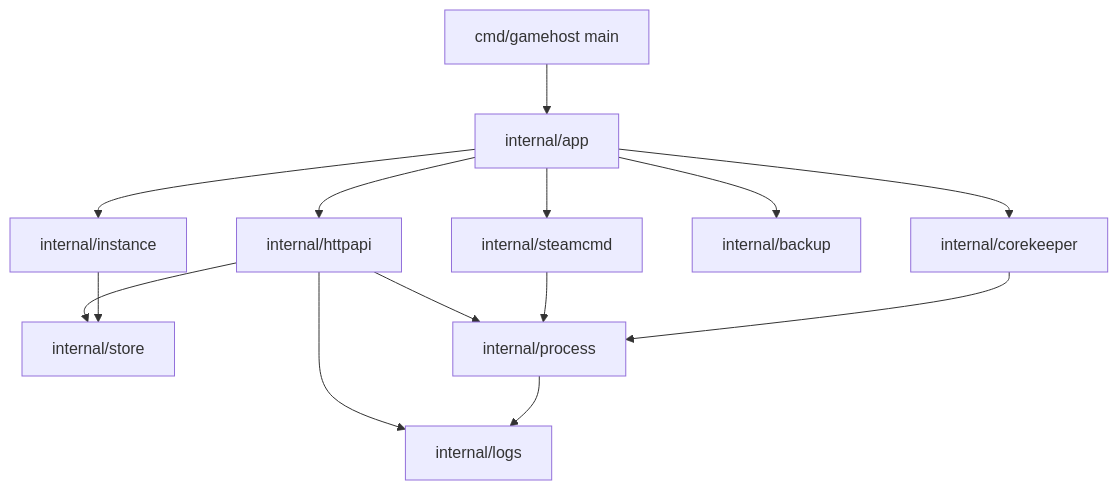
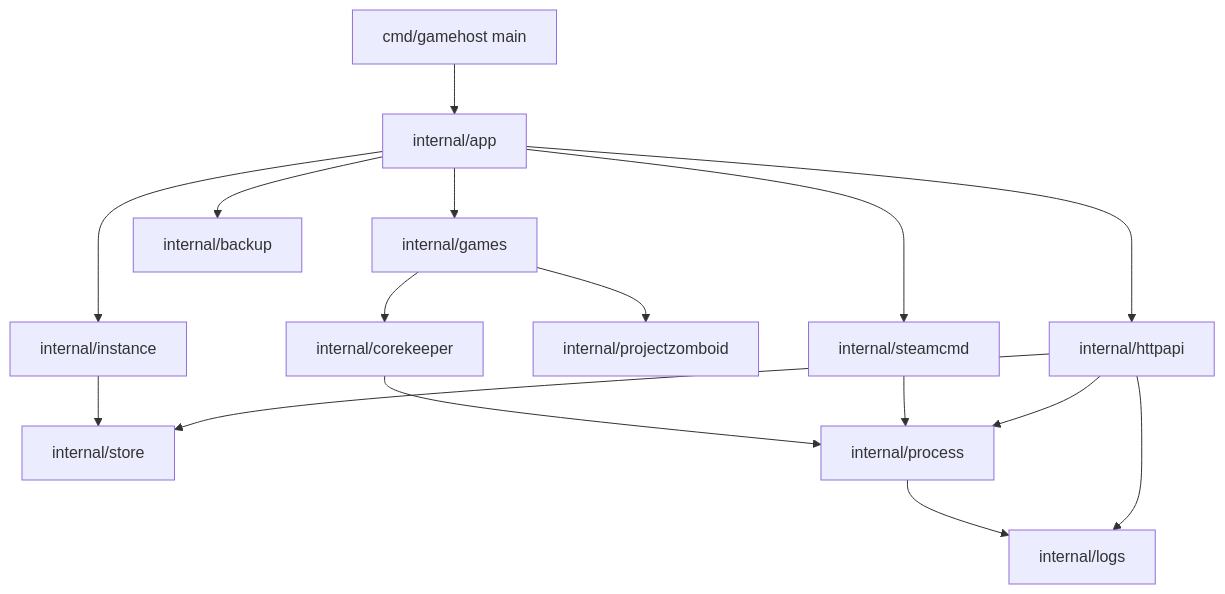
Before and after one commit to SyberFoxx/gamehost: the first of 2 diagrams in docs/design.md, drawn with Mermaid. The commit also changed other lines of this file and 15 other files, not shown here.

````diff
--- a/docs/design.md
+++ b/docs/design.md
@@ -87,16 +112,18 @@
 ```mermaid
 graph TD
     A["cmd/gamehost main"] --> B["internal/app"]
     B --> C["internal/instance"]
-    B --> D["internal/corekeeper"]
+    B --> K["internal/games"]
+    K --> D["internal/corekeeper"]
+    K --> L["internal/projectzomboid"]
     B --> E["internal/steamcmd"]
     B --> F["internal/backup"]
     B --> G["internal/httpapi"]
     C --> H["internal/store"]
     D --> I["internal/process"]
     E --> I
     I --> J["internal/logs"]
     G --> H
     G --> I
     G --> J
 ```
````
